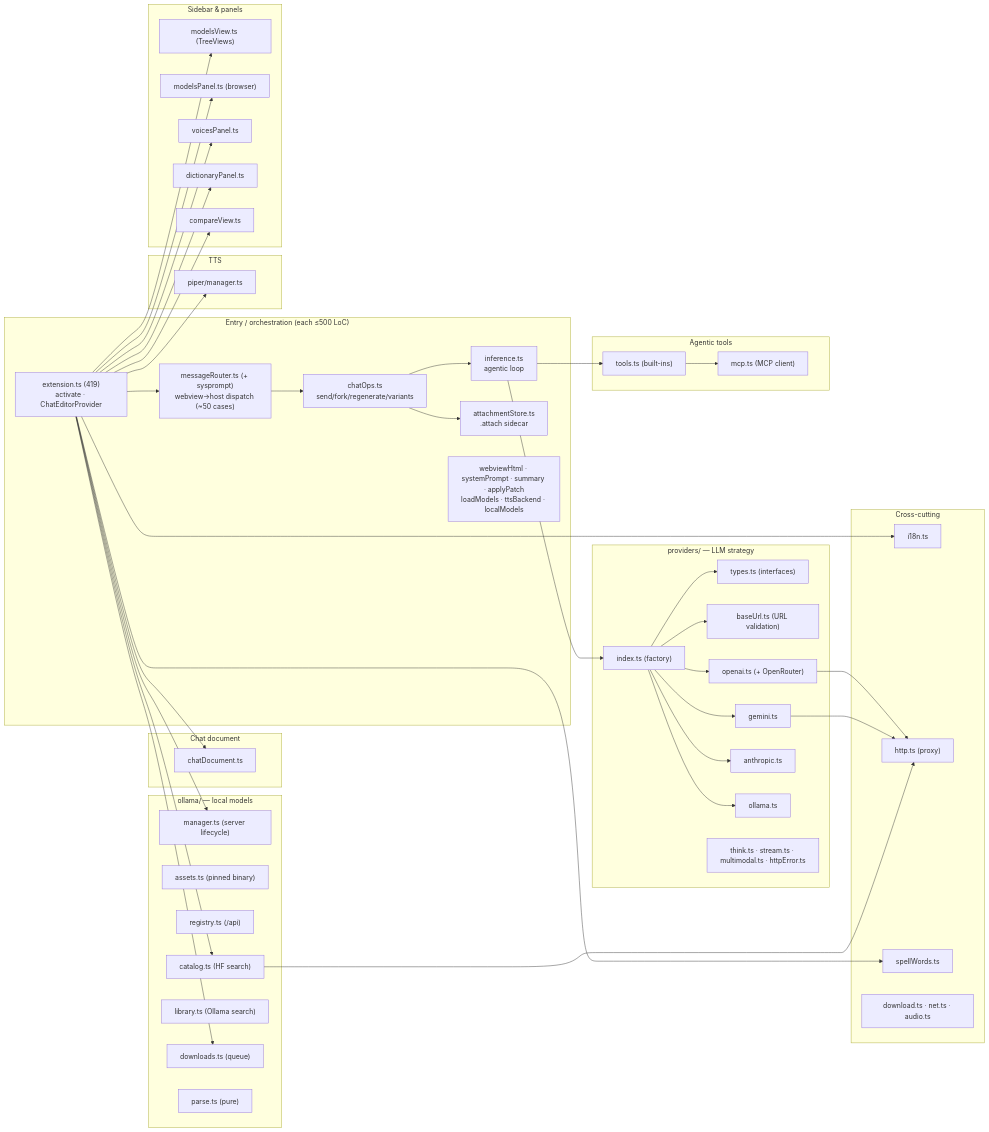
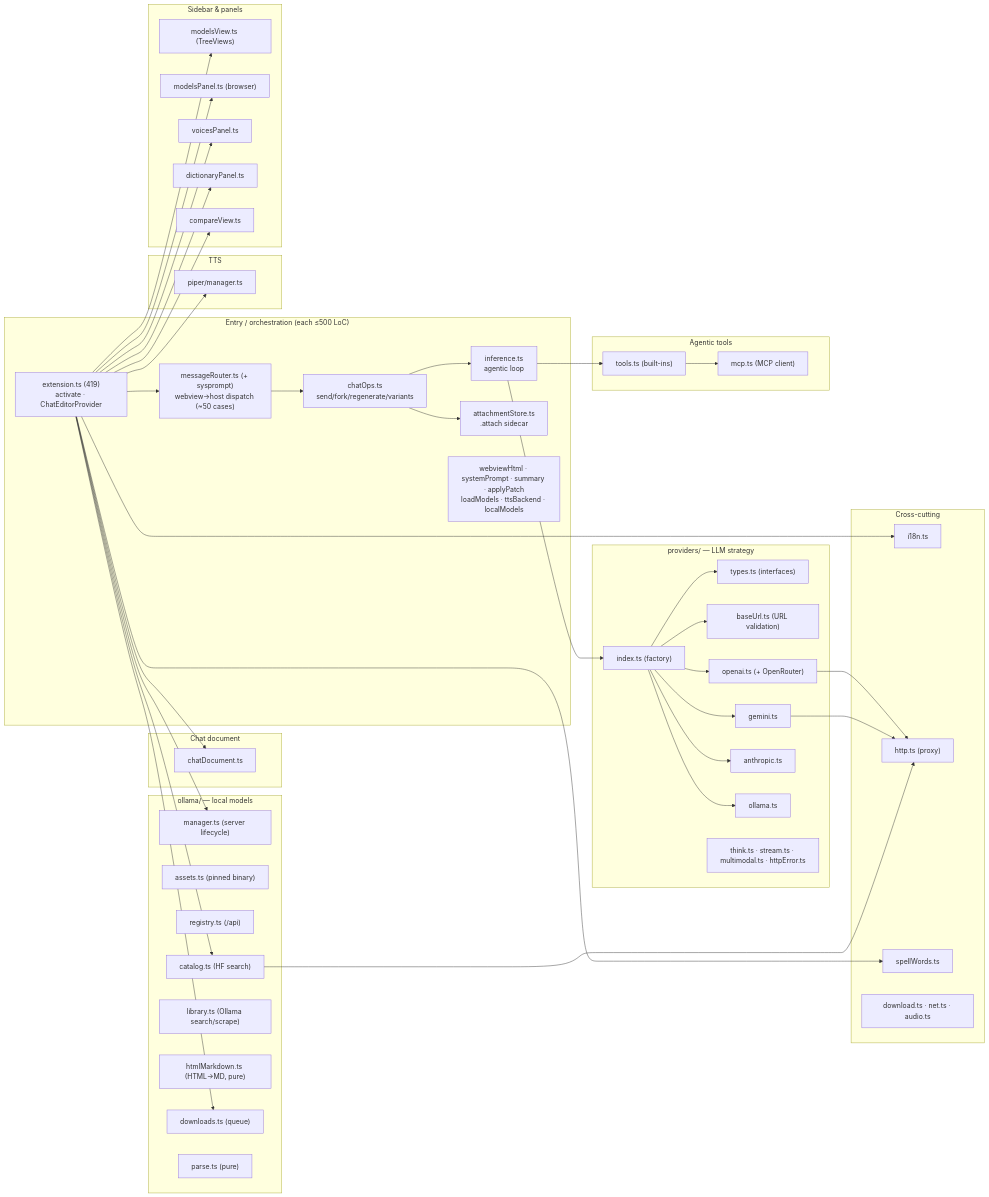
One commit to enavarre-cl/jotflow changed the second of 8 diagrams in ARCHITECTURE.md. Above: the diagram before and after it, drawn with Mermaid. The commit also changed other lines of this file and 4 other files, not shown here.

````diff
--- a/ARCHITECTURE.md
+++ b/ARCHITECTURE.md
@@ -68,65 +68,66 @@
 ```mermaid
 graph LR
   subgraph entry["Entry / orchestration (each ≤500 LoC)"]
     extension["extension.ts (419)<br/>activate · ChatEditorProvider"]
     router["messageRouter.ts (+ sysprompt)<br/>webview→host dispatch (~50 cases)"]
     chatOps["chatOps.ts<br/>send/fork/regenerate/variants"]
     inference["inference.ts<br/>agentic loop"]
     attach["attachmentStore.ts<br/>.attach sidecar"]
     misc["webviewHtml · systemPrompt · summary · applyPatch<br/>loadModels · ttsBackend · localModels"]
   end
   subgraph chat["Chat document"]
     chatDocument["chatDocument.ts"]
   end
   subgraph prov["providers/ — LLM strategy"]
     types["types.ts (interfaces)"]
     index["index.ts (factory)"]
     baseurl["baseUrl.ts (URL validation)"]
     openai["openai.ts (+ OpenRouter)"]
     gemini["gemini.ts"]
     anthropic["anthropic.ts"]
     ollamaP["ollama.ts"]
     helpers["think.ts · stream.ts · multimodal.ts · httpError.ts"]
   end
   subgraph agent["Agentic tools"]
     toolsTs["tools.ts (built-ins)"]
     mcp["mcp.ts (MCP client)"]
   end
   subgraph ollamaSub["ollama/ — local models"]
     omanager["manager.ts (server lifecycle)"]
     oassets["assets.ts (pinned binary)"]
     oreg["registry.ts (/api)"]
     ocat["catalog.ts (HF search)"]
-    olib["library.ts (Ollama search)"]
+    olib["library.ts (Ollama search/scrape)"]
+    ohtml["htmlMarkdown.ts (HTML→MD, pure)"]
     odl["downloads.ts (queue)"]
     oparse["parse.ts (pure)"]
   end
   subgraph tts["TTS"]
     piper["piper/manager.ts"]
   end
   subgraph ui["Sidebar & panels"]
     views["modelsView.ts (TreeViews)"]
     mpanel["modelsPanel.ts (browser)"]
     vpanel["voicesPanel.ts"]
     dpanel["dictionaryPanel.ts"]
     compare["compareView.ts"]
   end
   subgraph infra["Cross-cutting"]
     i18nTs["i18n.ts"]
     httpTs["http.ts (proxy)"]
     spell["spellWords.ts"]
     utils["download.ts · net.ts · audio.ts"]
   end
 
   extension --> router --> chatOps --> inference
   extension --> chatDocument
   inference --> index --> openai & gemini & anthropic & ollamaP
   index --> types & baseurl
   inference --> toolsTs --> mcp
   chatOps --> attach
   extension --> omanager & odl & ocat
   extension --> piper
   extension --> views & mpanel & vpanel & dpanel & compare
   extension --> i18nTs & spell
   openai & gemini & ocat --> httpTs
 ```
````
